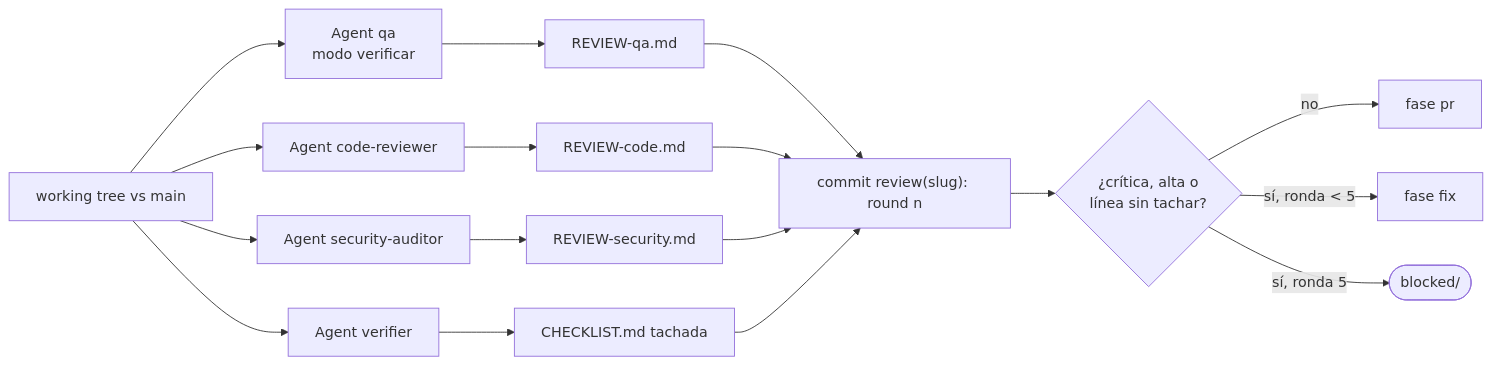
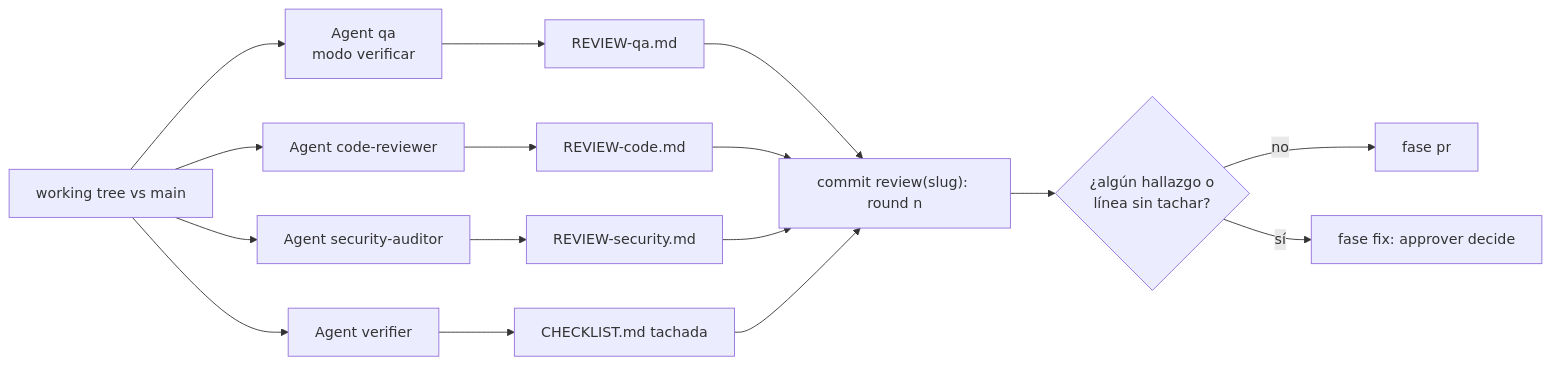
The diagram in skills/workflow/references/review.md (octavio-parozlabs/mindstack), drawn with Mermaid before and after one commit. The commit also changed other lines of this file and 52 other files, not shown here.

````diff
--- a/skills/workflow/references/review.md
+++ b/skills/workflow/references/review.md
@@ -5,16 +5,15 @@
 ```mermaid
 flowchart LR
     C[working tree vs main] --> Q[Agent qa\nmodo verificar]
     C --> R[Agent code-reviewer]
     C --> S[Agent security-auditor]
     C --> V[Agent verifier]
     Q --> FQ[REVIEW-qa.md]
     R --> FR[REVIEW-code.md]
     S --> FS[REVIEW-security.md]
     V --> FV[CHECKLIST.md tachada]
     FQ & FR & FS & FV --> K["commit review(slug): round n"]
-    K --> T{¿crítica, alta o\nlínea sin tachar?}
+    K --> T{¿algún hallazgo o\nlínea sin tachar?}
     T -- no --> PR["fase pr"]
-    T -- "sí, ronda < 5" --> CO["fase fix"]
-    T -- "sí, ronda 5" --> BL([blocked/])
+    T -- sí --> CO["fase fix: approver decide"]
 ```
````
